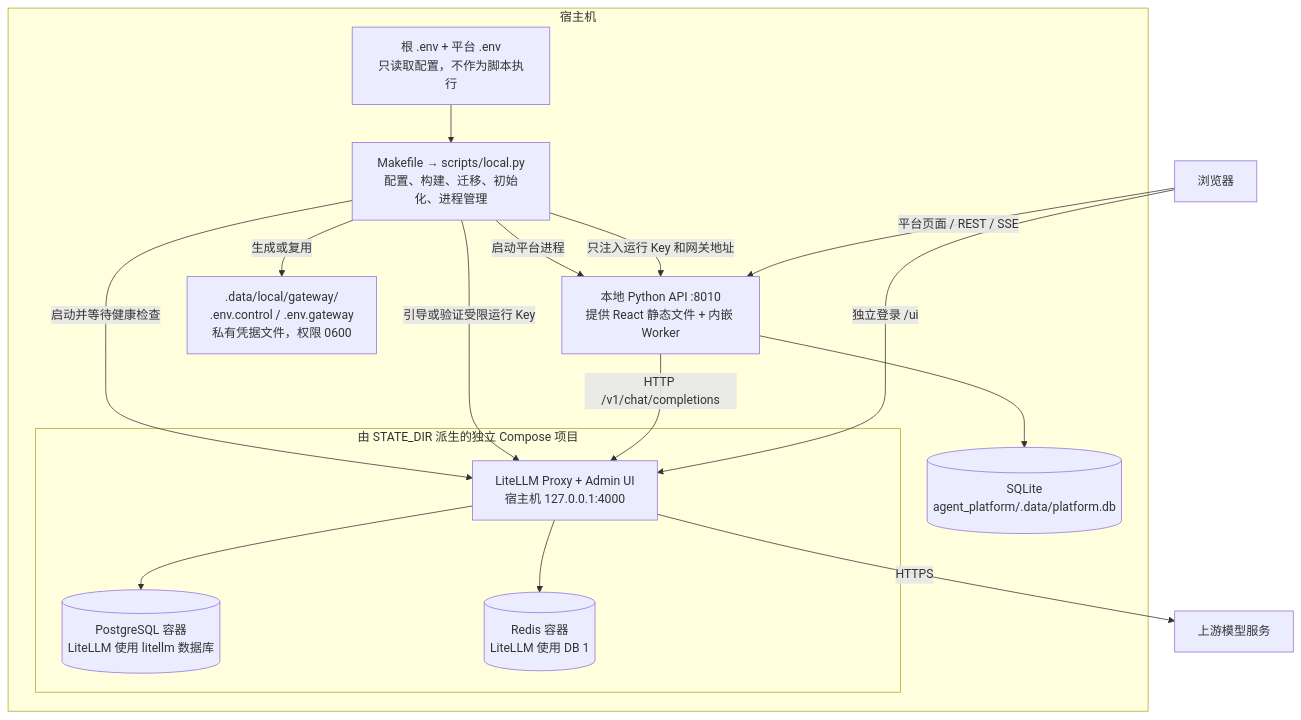
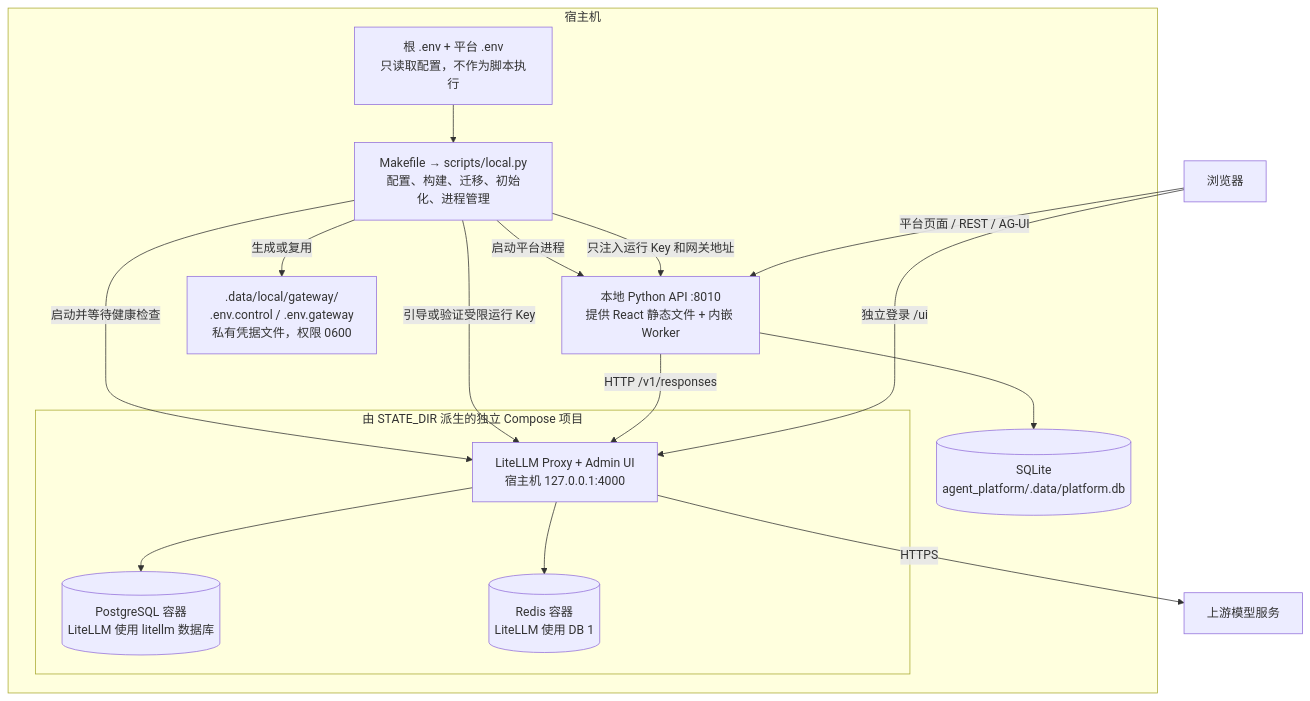
Before and after one commit to GHjiejie/Z: the second of 5 diagrams in agent_platform/docs/architecture-diagrams.md, drawn with Mermaid. The commit also changed other lines of this file and 54 other files, not shown here.

````diff
--- a/agent_platform/docs/architecture-diagrams.md
+++ b/agent_platform/docs/architecture-diagrams.md
@@ -69,29 +69,29 @@
 ```mermaid
 flowchart TB
     BROWSER["浏览器"]
     subgraph HOST["宿主机"]
         START["Makefile → scripts/local.py<br/>配置、构建、迁移、初始化、进程管理"]
         CONFIG["根 .env + 平台 .env<br/>只读取配置，不作为脚本执行"]
         API["本地 Python API :8010<br/>提供 React 静态文件 + 内嵌 Worker"]
         SQLITE[("SQLite<br/>agent_platform/.data/platform.db")]
         PRIVATE[".data/local/gateway/<br/>.env.control / .env.gateway<br/>私有凭据文件，权限 0600"]
         CONFIG --> START
         START -->|启动平台进程| API
         START -->|生成或复用| PRIVATE
         API --> SQLITE
         subgraph DOCKER["由 STATE_DIR 派生的独立 Compose 项目"]
             LLM["LiteLLM Proxy + Admin UI<br/>宿主机 127.0.0.1:4000"]
             PG[("PostgreSQL 容器<br/>LiteLLM 使用 litellm 数据库")]
             REDIS[("Redis 容器<br/>LiteLLM 使用 DB 1")]
             LLM --> PG
             LLM --> REDIS
         end
         START -->|启动并等待健康检查| LLM
         START -->|引导或验证受限运行 Key| LLM
         START -->|只注入运行 Key 和网关地址| API
-        API -->|HTTP /v1/chat/completions| LLM
+        API -->|HTTP /v1/responses| LLM
     end
-    BROWSER -->|平台页面 / REST / SSE| API
+    BROWSER -->|平台页面 / REST / AG-UI| API
     BROWSER -->|独立登录 /ui| LLM
     LLM -->|HTTPS| UPSTREAM["上游模型服务"]
 ```
````
